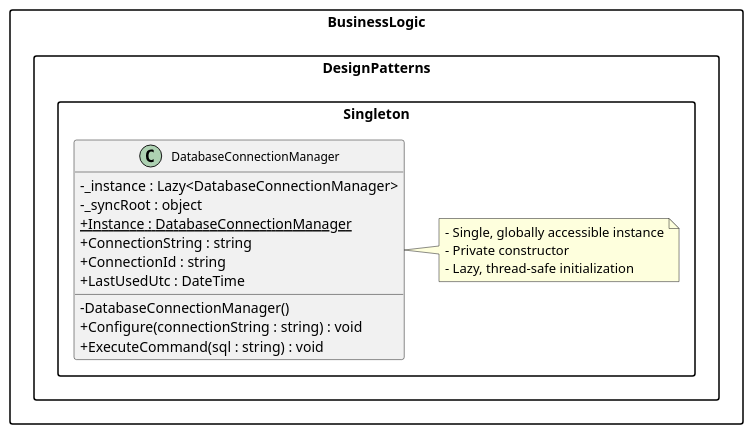
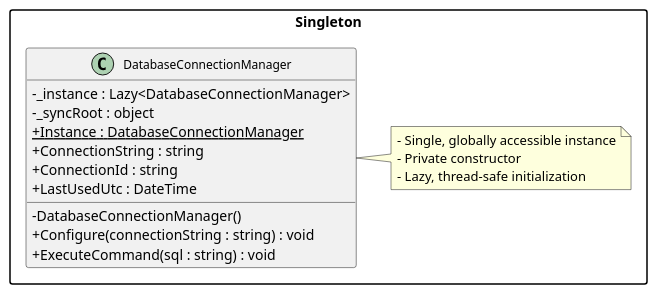
The diagram in singleton.puml (fence11/Airport_TMPPP_1.0), drawn with PlantUML before and after one commit. The commit also changed 54 other files, not shown here.

```diff
--- a/singleton.puml
+++ b/singleton.puml
@@ -1,34 +1,34 @@
 @startuml Singleton
 skinparam packageStyle rectangle
 skinparam classAttributeIconSize 0
 skinparam Shadowing false
 skinparam ArrowColor #333
 skinparam ClassFontSize 12
 skinparam ClassFontName "Segoe UI"
 skinparam Linetype ortho
 
 ' =======================
 ' DESIGN PATTERNS - SINGLETON
 ' =======================
-package "BusinessLogic.DesignPatterns.Singleton" {
+package "Singleton" {
 
   class DatabaseConnectionManager {
     -_instance : Lazy<DatabaseConnectionManager>
     -_syncRoot : object
     +{static} Instance : DatabaseConnectionManager
     -DatabaseConnectionManager()
     +ConnectionString : string
     +ConnectionId : string
     +LastUsedUtc : DateTime
     +Configure(connectionString : string) : void
     +ExecuteCommand(sql : string) : void
   }
 
   note right of DatabaseConnectionManager
     - Single, globally accessible instance
     - Private constructor
     - Lazy, thread-safe initialization
   end note
 }
 
 @enduml
```
